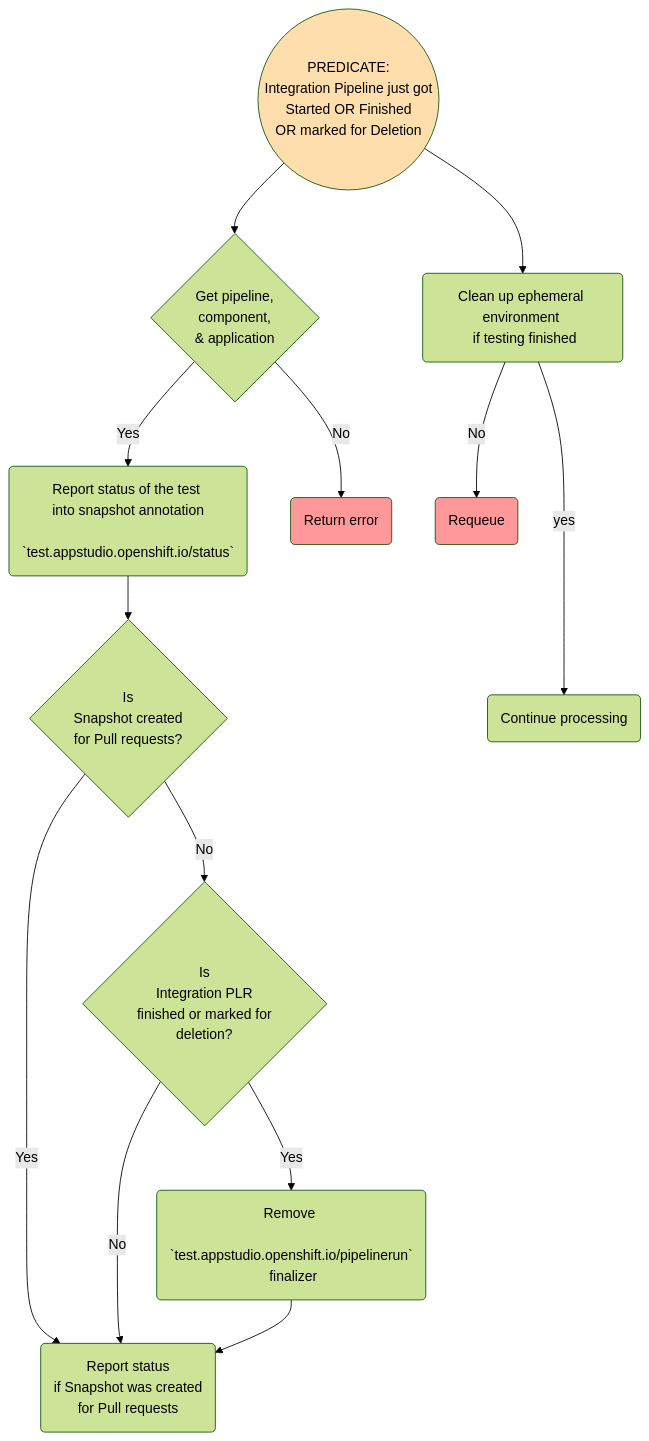
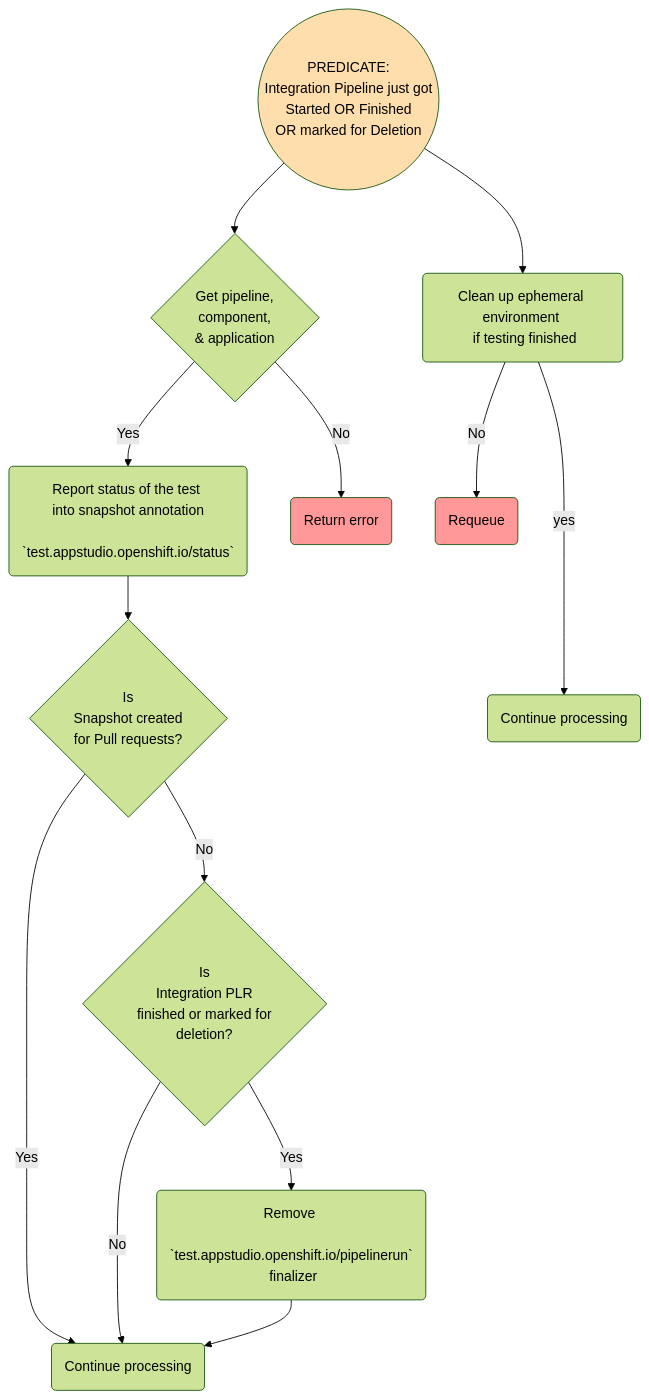
Before and after one commit to konflux-ci/integration-service: the diagram in docs/integration_pipeline_controller.md, drawn with Mermaid.

Commit message:
docs: remove unnecessary node
* This commit removes the "Report status if Snapshot..."
  node from the integration_pipeline diagram.
* Because integrationpipeline controller is not
  responsible for reporting statuses for PR events.
* This is the responsiblity of statusreport
  controller. It's diagram is correct.

````diff
--- a/docs/integration_pipeline_controller.md
+++ b/docs/integration_pipeline_controller.md
@@ -3,41 +3,41 @@
 ```mermaid
 
 %%{init: {'theme':'forest'}}%%
 flowchart TD
   %% Defining the styles
   classDef Red fill:#FF9999;
   classDef Amber fill:#FFDEAD;
   classDef Green fill:#BDFFA4;
 
   %% Node definitions
   predicate((PREDICATE: <br>Integration Pipeline just got<br> Started OR Finished<br> OR marked for Deletion))
   get_resources{Get pipeline, <br> component, <br> & application}
   report_status_snapshot(Report status of the test <br> into snapshot annotation <br> `test.appstudio.openshift.io/status`)
-  report_status(Report status <br> if Snapshot was created <br> for Pull requests)
   is_snapshot_of_pr_event{Is <br> Snapshot created<br> for Pull requests?}
   is_plr_finished_or_getting_deleted{Is <br> Integration PLR <br> finished or marked for<br> deletion?}
   remove_finalizer(Remove <br> `test.appstudio.openshift.io/pipelinerun`<br> finalizer)
   clean_environment(Clean up ephemeral environment <br> if testing finished)
   error(Return error)
   requeue(Requeue)
-  continue(Continue processing)
+  continue1(Continue processing)
+  continue2(Continue processing)
 
   %% Node connections
   predicate                                   --> get_resources
   predicate                                   --> clean_environment
   get_resources     --No                      --> error
   get_resources     --Yes                     --> report_status_snapshot
   report_status_snapshot                      --> is_snapshot_of_pr_event
-  is_snapshot_of_pr_event            --Yes    --> report_status
+  is_snapshot_of_pr_event            --Yes    --> continue1
   is_snapshot_of_pr_event            --No     --> is_plr_finished_or_getting_deleted
   is_plr_finished_or_getting_deleted --Yes    --> remove_finalizer
-  is_plr_finished_or_getting_deleted --No     --> report_status
-  remove_finalizer                            --> report_status
+  is_plr_finished_or_getting_deleted --No     --> continue1
+  remove_finalizer                            --> continue1
   clean_environment --No                      --> requeue
-  clean_environment --yes                     ---> continue
+  clean_environment --yes                     ---> continue2
 
   %% Assigning styles to nodes
   class predicate Amber;
   class error,requeue Red;
 
  ```
````
